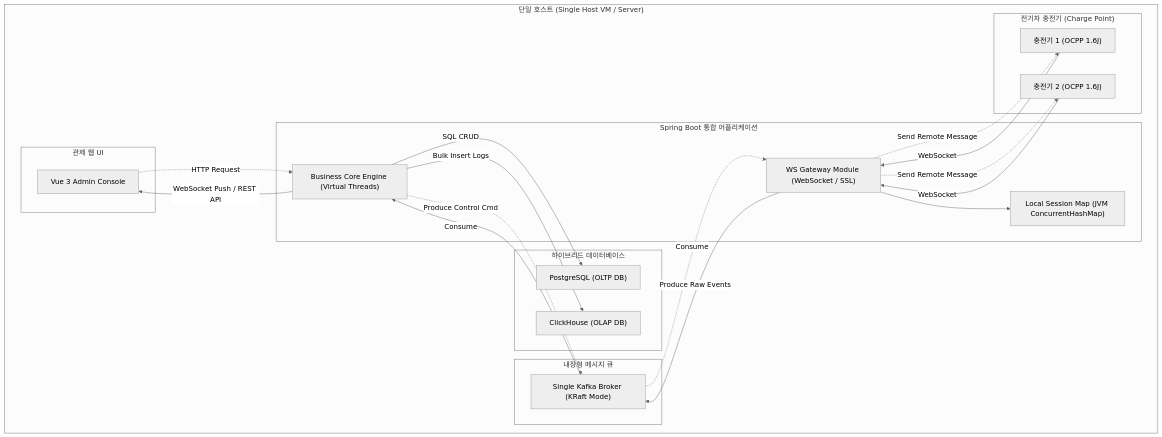
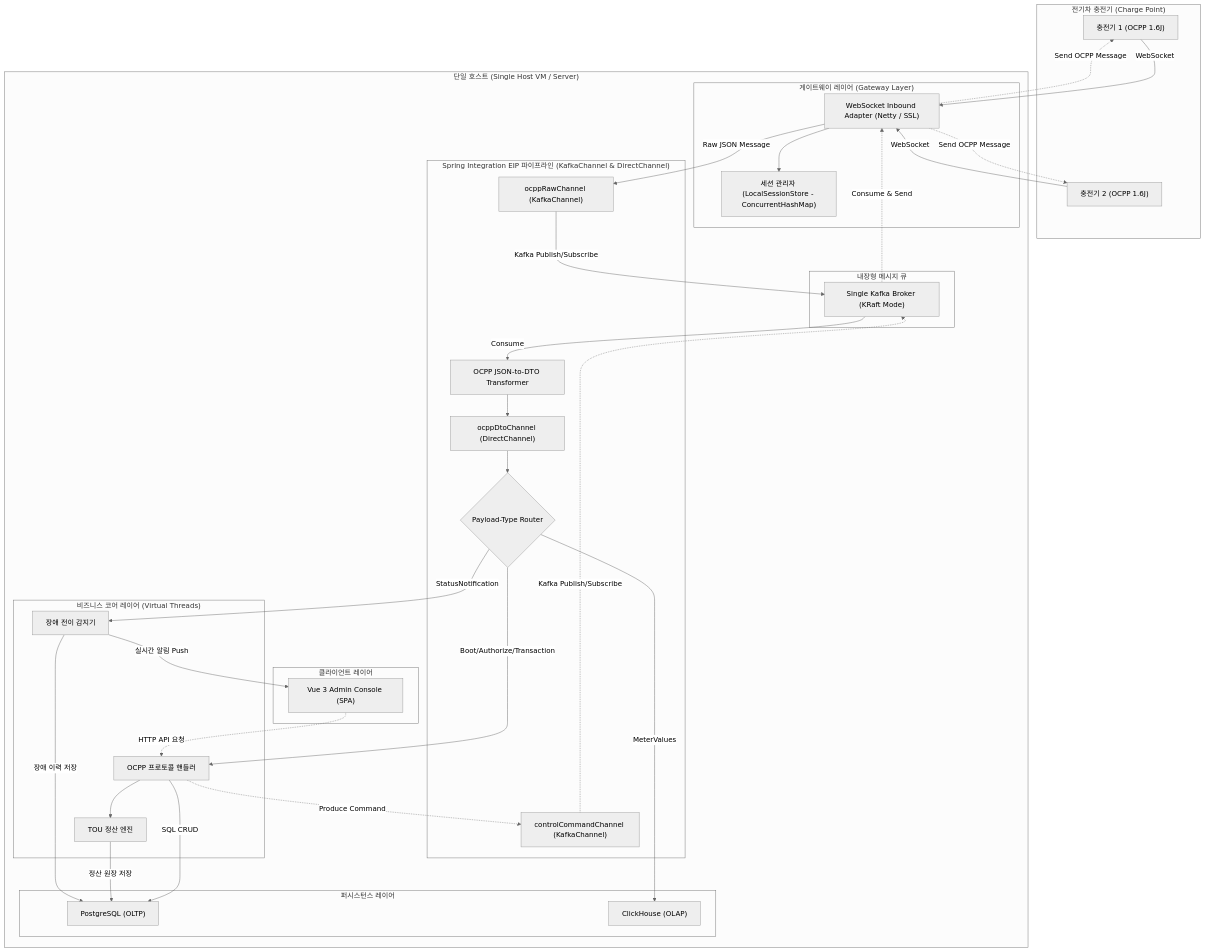
Before and after one commit to h2y-hyhong2/h2y-ocpp: the second of 10 diagrams in doc/01.prd.md, drawn with Mermaid (neutral theme). The commit also changed other lines of this file and 10 other files, not shown here.

````diff
--- a/doc/01.prd.md
+++ b/doc/01.prd.md
@@ -54,44 +63,67 @@
 ```mermaid
 flowchart TB
+    subgraph EVSE ["전기차 충전기 (Charge Point)"]
+        CP1["충전기 1 (OCPP 1.6J)"]
+        CP2["충전기 2 (OCPP 1.6J)"]
+    end
+
     subgraph Host ["단일 호스트 (Single Host VM / Server)"]
-        subgraph EVSE ["전기차 충전기 (Charge Point)"]
-            CP1["충전기 1 (OCPP 1.6J)"]
-            CP2["충전기 2 (OCPP 1.6J)"]
+
+        subgraph GW_Layer ["게이트웨이 레이어 (Gateway Layer)"]
+            WSAdapter["WebSocket Inbound Adapter (Netty / SSL)"]
+            SessionMgr["세션 관리자 (LocalSessionStore - ConcurrentHashMap)"]
         end
 
-        subgraph Engine ["Spring Boot 통합 어플리케이션"]
-            GW["WS Gateway Module (WebSocket / SSL)"]
-            LocalSession["Local Session Map (JVM ConcurrentHashMap)"]
-            BizCore["Business Core Engine (Virtual Threads)"]
+        subgraph SI_Bus ["Spring Integration EIP 파이프라인 (KafkaChannel & DirectChannel)"]
+            RawCh["ocppRawChannel (KafkaChannel)"]
+            Transformer["OCPP JSON-to-DTO Transformer"]
+            DtoCh["ocppDtoChannel (DirectChannel)"]
+            Router{"Payload-Type Router"}
+            CtrlCh["controlCommandChannel (KafkaChannel)"]
         end
 
-        subgraph LocalMQ ["내장형 메시지 큐"]
+        subgraph Core ["비즈니스 코어 레이어 (Virtual Threads)"]
+            OCPPHandler["OCPP 프로토콜 핸들러"]
+            Settlement["TOU 정산 엔진"]
+            FaultMgr["장애 전이 감지기"]
+        end
+
+        subgraph MQ ["내장형 메시지 큐"]
             Kafka["Single Kafka Broker (KRaft Mode)"]
         end
 
-        subgraph LocalDB ["하이브리드 데이터베이스"]
-            Postgres["PostgreSQL (OLTP DB)"]
-            ClickHouse["ClickHouse (OLAP DB)"]
+        subgraph DB ["퍼시스턴스 레이어"]
+            Postgres["PostgreSQL (OLTP)"]
+            ClickHouse["ClickHouse (OLAP)"]
         end
 
-        subgraph Admin ["관제 웹 UI"]
-            VueApp["Vue 3 Admin Console"]
+        subgraph Admin ["클라이언트 레이어"]
+            VueApp["Vue 3 Admin Console (SPA)"]
         end
     end
 
-    %% 데이터 통신 흐름
-    CP1 -->|WebSocket| GW
-    CP2 -->|WebSocket| GW
-    GW --> LocalSession
-    GW -->|Produce Raw Events| Kafka
-    Kafka -->|Consume| BizCore
-    BizCore -->|SQL CRUD| Postgres
-    BizCore -->|Bulk Insert Logs| ClickHouse
-    BizCore -->|WebSocket Push / REST API| VueApp
-    
-    %% 제어 명령 흐름
-    VueApp -.->|HTTP Request| BizCore
-    BizCore -.->|Produce Control Cmd| Kafka
-    Kafka -.->|Consume| GW
-    GW -.->|Send Remote Message| CP1 & CP2
+    %% 업링크 데이터 흐름 (충전기 → 시스템)
+    CP1 -->|WebSocket| WSAdapter
+    CP2 -->|WebSocket| WSAdapter
+    WSAdapter --> SessionMgr
+    WSAdapter -->|Raw JSON Message| RawCh
+    RawCh -->|Kafka Publish/Subscribe| Kafka
+    Kafka -->|Consume| Transformer
+    Transformer --> DtoCh
+    DtoCh --> Router
+    Router -->|Boot/Authorize/Transaction| OCPPHandler
+    Router -->|MeterValues| ClickHouse
+    Router -->|StatusNotification| FaultMgr
+    OCPPHandler --> Settlement
+    OCPPHandler -->|SQL CRUD| Postgres
+    Settlement -->|정산 원장 저장| Postgres
+    FaultMgr -->|장애 이력 저장| Postgres
+    FaultMgr -->|실시간 알림 Push| VueApp
+
+    %% 다운링크 제어 흐름 (관리자 → 충전기)
+    VueApp -.->|HTTP API 요청| OCPPHandler
+    OCPPHandler -.->|Produce Command| CtrlCh
+    CtrlCh -.->|Kafka Publish/Subscribe| Kafka
+    Kafka -.->|Consume & Send| WSAdapter
+    WSAdapter -.->|Send OCPP Message| CP1 & CP2
 ```
````
